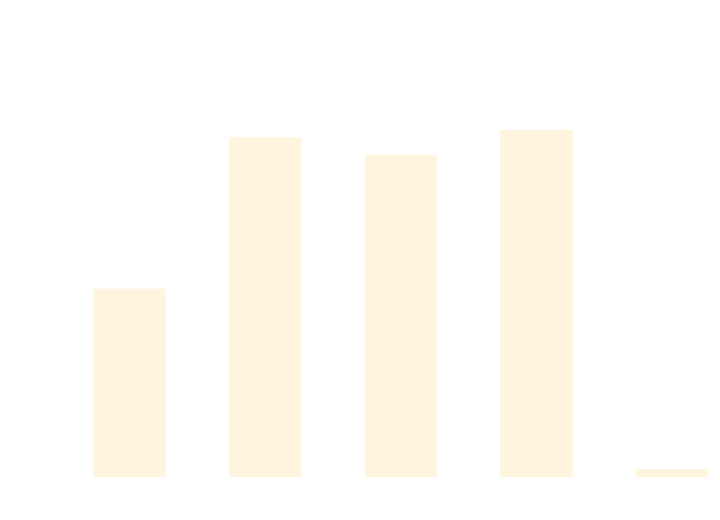
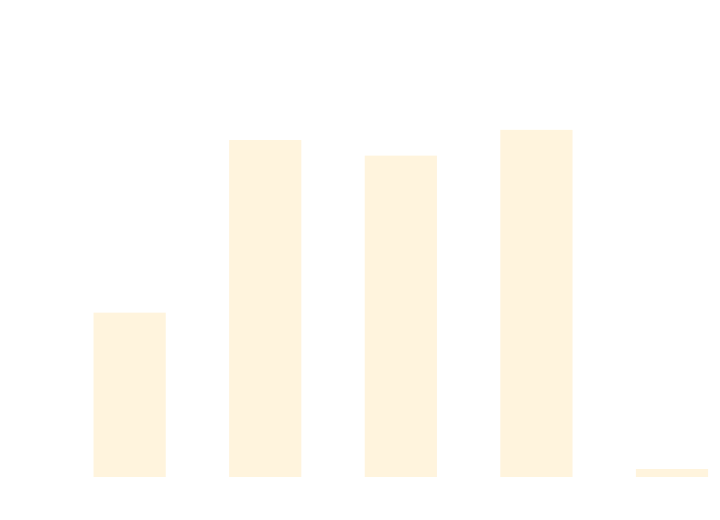
Before and after one commit to thomhurst/TUnit: the diagram in docs/docs/benchmarks/SetupTeardownTests.md, drawn with Mermaid. The commit also changed other lines of this file and 16 other files, not shown here.

````diff
--- a/docs/docs/benchmarks/SetupTeardownTests.md
+++ b/docs/docs/benchmarks/SetupTeardownTests.md
@@ -27,37 +27,37 @@
 ```mermaid
 %%{init: {
   'theme':'base',
   'themeVariables': {
     'primaryColor': '#2563eb',
     'primaryTextColor': '#ffffff',
     'primaryBorderColor': '#1e40af',
     'lineColor': '#6b7280',
     'secondaryColor': '#7c3aed',
     'tertiaryColor': '#dc2626',
     'background': '#ffffff',
     'mainBkg': '#2563eb',
     'secondBkg': '#7c3aed',
     'tertiaryBkg': '#dc2626',
     'clusterBkg': '#f3f4f6',
     'edgeLabelBackground': '#ffffff',
     'tertiaryTextColor': '#1f2937',
     'pie1': '#2563eb',
     'pie2': '#7c3aed',
     'pie3': '#dc2626',
     'pie4': '#f59e0b',
     'pie5': '#10b981',
     'pie6': '#06b6d4',
     'pie7': '#ec4899',
     'pie8': '#6366f1',
     'pie9': '#84cc16',
     'pie10': '#f97316',
     'pie11': '#14b8a6',
     'pie12': '#a855f7'
   }
 }}%%
 xychart-beta
   title "SetupTeardownTests Performance Comparison"
   x-axis ["TUnit", "NUnit", "MSTest", "xUnit3", "TUnit_AOT"]
-  y-axis "Time (ms)" 0 --> 1399
-  bar [620, 1139.9, 1078.8, 1165.3, 0]
+  y-axis "Time (ms)" 0 --> 1403
+  bar [539, 1134.1, 1080.3, 1169.1, 0]
 ```
````
